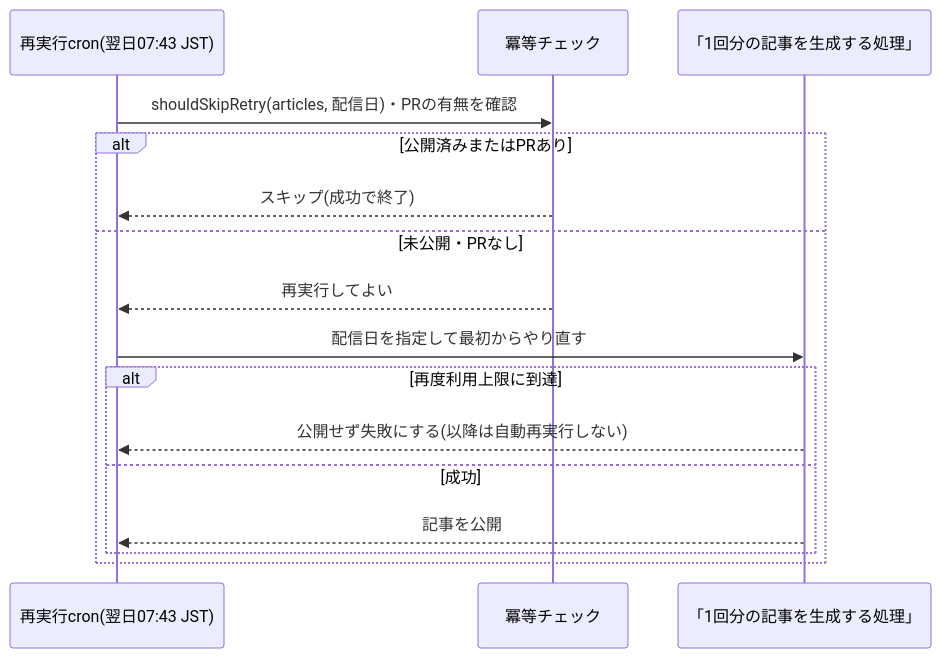
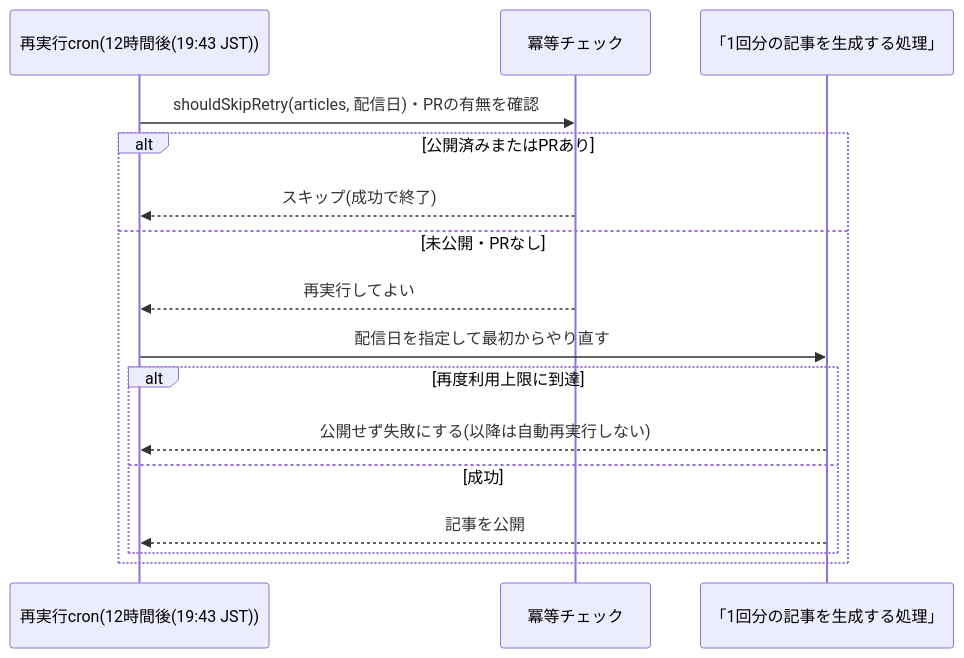
Before and after one commit to zakiyama0108/benriyatool: the second of 2 diagrams in specs/future-digest/weekly-publish/design.md, drawn with Mermaid. The commit also changed other lines of this file and 14 other files, not shown here.

````diff
--- a/specs/future-digest/weekly-publish/design.md
+++ b/specs/future-digest/weekly-publish/design.md
@@ -66,19 +66,19 @@
 ```mermaid
 sequenceDiagram
-    participant cron as 再実行cron(翌日07:43 JST)
+    participant cron as 再実行cron(12時間後(19:43 JST))
     participant check as 冪等チェック
     participant flow as 「1回分の記事を生成する処理」
 
     cron ->> check: shouldSkipRetry(articles, 配信日)・PRの有無を確認
     alt 公開済みまたはPRあり
         check -->> cron: スキップ(成功で終了)
     else 未公開・PRなし
         check -->> cron: 再実行してよい
         cron ->> flow: 配信日を指定して最初からやり直す
         alt 再度利用上限に到達
             flow -->> cron: 公開せず失敗にする(以降は自動再実行しない)
         else 成功
             flow -->> cron: 記事を公開
         end
     end
 ```
````
